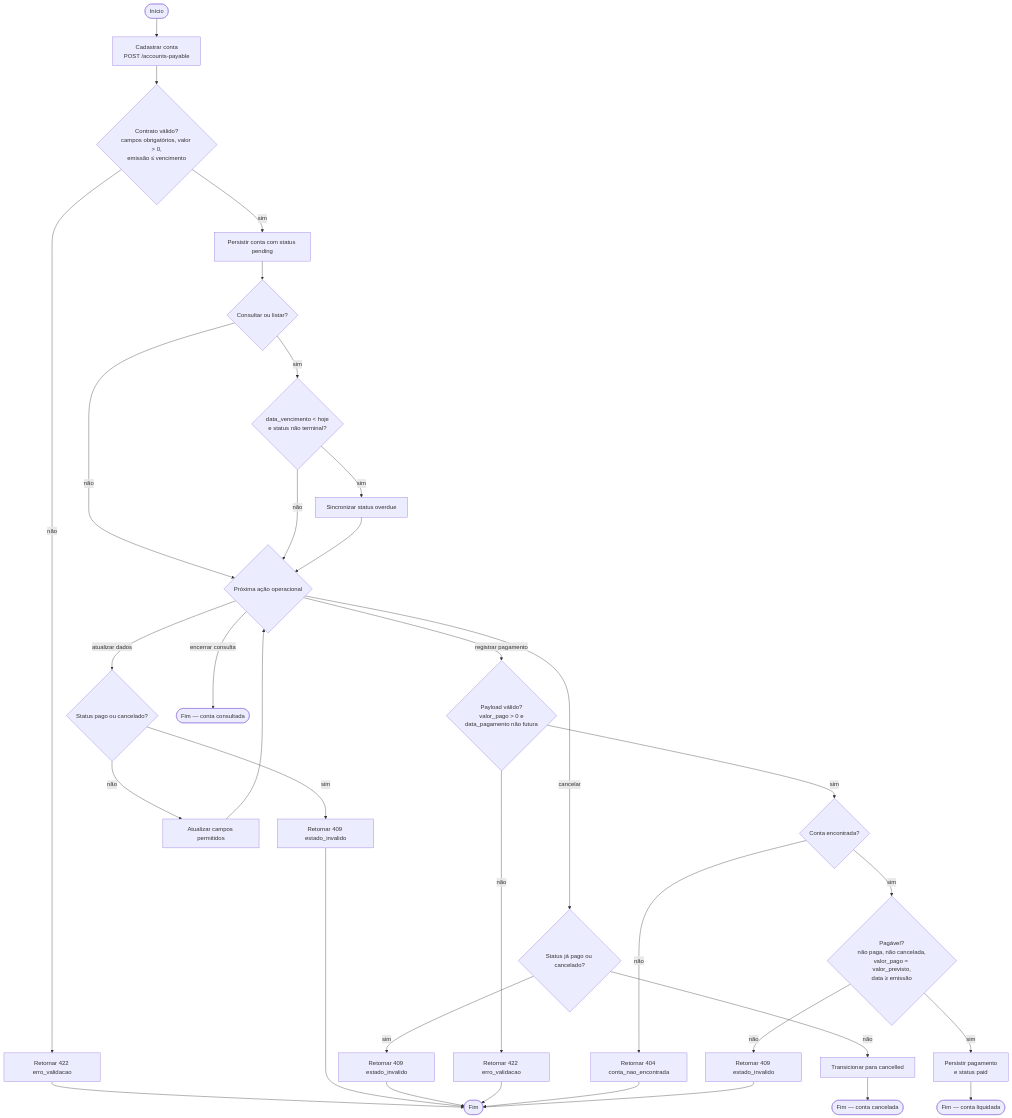
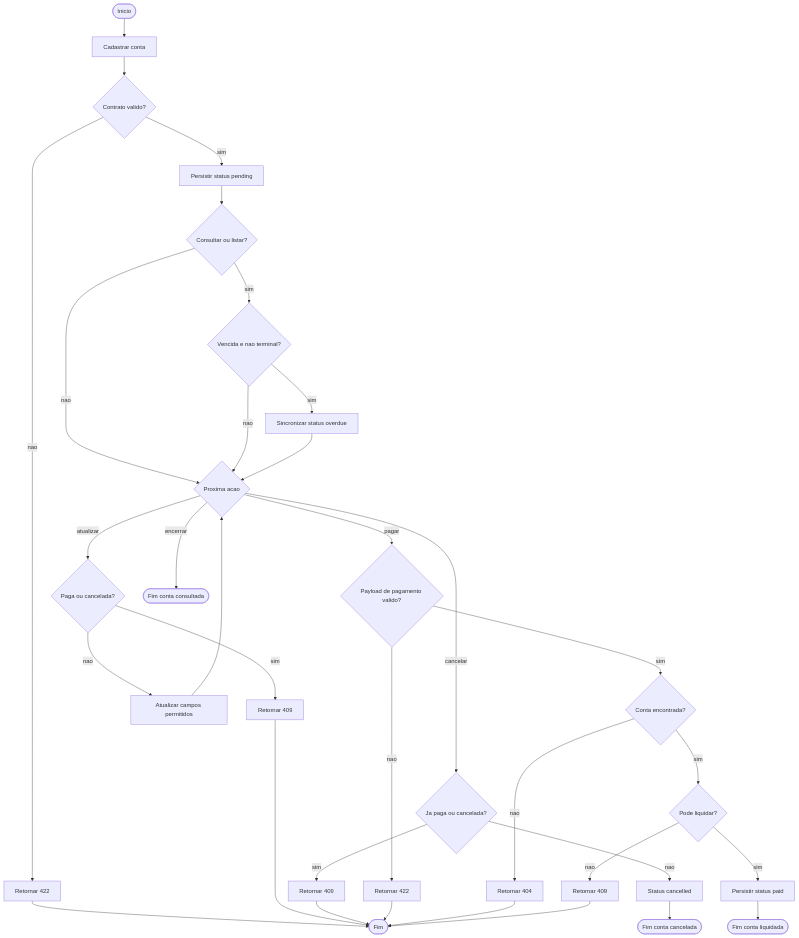
One commit to marciomello-bbras/projetolaboratorio changed the fifth of 5 diagrams in README.md. Above: the diagram before and after it, drawn with Mermaid. The commit also changed other lines of this file and 1 other file, not shown here.

Commit message:
docs(arch): use GitHub-safe Mermaid flowcharts instead of C4

````diff
--- a/README.md
+++ b/README.md
@@ -391,43 +385,43 @@
 ```mermaid
 flowchart TD
-    startNode([Início]) --> cadastrar["Cadastrar conta<br/>POST /accounts-payable"]
-    cadastrar --> validaCadastro{"Contrato válido?<br/>campos obrigatórios, valor &gt; 0,<br/>emissão ≤ vencimento"}
+    startNode([Inicio]) --> cadastrar[Cadastrar conta]
+    cadastrar --> validaCadastro{Contrato valido?}
 
-    validaCadastro -->|não| erro422["Retornar 422 erro_validacao"]
+    validaCadastro -->|nao| erro422[Retornar 422]
     erro422 --> fimErro([Fim])
 
-    validaCadastro -->|sim| persistir["Persistir conta com status pending"]
-    persistir --> consultar{"Consultar ou listar?"}
+    validaCadastro -->|sim| persistir[Persistir status pending]
+    persistir --> consultar{Consultar ou listar?}
 
-    consultar -->|sim| syncVencida{"data_vencimento &lt; hoje<br/>e status não terminal?"}
-    consultar -->|não| decidirAcao
-    syncVencida -->|sim| marcarOverdue["Sincronizar status overdue"]
-    syncVencida -->|não| decidirAcao
-    marcarOverdue --> decidirAcao{"Próxima ação operacional"}
+    consultar -->|sim| syncVencida{Vencida e nao terminal?}
+    consultar -->|nao| decidirAcao
+    syncVencida -->|sim| marcarOverdue[Sincronizar status overdue]
+    syncVencida -->|nao| decidirAcao
+    marcarOverdue --> decidirAcao{Proxima acao}
 
-    decidirAcao -->|atualizar dados| podeAtualizar{"Status pago ou cancelado?"}
-    podeAtualizar -->|sim| erro409upd["Retornar 409 estado_invalido"]
-    podeAtualizar -->|não| atualizar["Atualizar campos permitidos"]
+    decidirAcao -->|atualizar| podeAtualizar{Paga ou cancelada?}
+    podeAtualizar -->|sim| erro409upd[Retornar 409]
+    podeAtualizar -->|nao| atualizar[Atualizar campos permitidos]
     atualizar --> decidirAcao
     erro409upd --> fimErro
 
-    decidirAcao -->|cancelar| podeCancelar{"Status já pago ou cancelado?"}
-    podeCancelar -->|sim| erro409can["Retornar 409 estado_invalido"]
-    podeCancelar -->|não| cancelar["Transicionar para cancelled"]
-    cancelar --> fimCancelada([Fim — conta cancelada])
+    decidirAcao -->|cancelar| podeCancelar{Ja paga ou cancelada?}
+    podeCancelar -->|sim| erro409can[Retornar 409]
+    podeCancelar -->|nao| cancelar[Status cancelled]
+    cancelar --> fimCancelada([Fim conta cancelada])
     erro409can --> fimErro
 
-    decidirAcao -->|registrar pagamento| validaPagto{"Payload válido?<br/>valor_pago &gt; 0 e<br/>data_pagamento não futura"}
-    validaPagto -->|não| erro422pag["Retornar 422 erro_validacao"]
+    decidirAcao -->|pagar| validaPagto{Payload de pagamento valido?}
+    validaPagto -->|nao| erro422pag[Retornar 422]
     erro422pag --> fimErro
-    validaPagto -->|sim| existeConta{"Conta encontrada?"}
-    existeConta -->|não| erro404["Retornar 404 conta_nao_encontrada"]
+    validaPagto -->|sim| existeConta{Conta encontrada?}
+    existeConta -->|nao| erro404[Retornar 404]
     erro404 --> fimErro
-    existeConta -->|sim| podePagar{"Pagável?<br/>não paga, não cancelada,<br/>valor_pago = valor_previsto,<br/>data ≥ emissão"}
-    podePagar -->|não| erro409pag["Retornar 409 estado_invalido"]
+    existeConta -->|sim| podePagar{Pode liquidar?}
+    podePagar -->|nao| erro409pag[Retornar 409]
     erro409pag --> fimErro
-    podePagar -->|sim| liquidar["Persistir pagamento<br/>e status paid"]
-    liquidar --> fimPaga([Fim — conta liquidada])
+    podePagar -->|sim| liquidar[Persistir status paid]
+    liquidar --> fimPaga([Fim conta liquidada])
 
-    decidirAcao -->|encerrar consulta| fimConsulta([Fim — conta consultada])
+    decidirAcao -->|encerrar| fimConsulta([Fim conta consultada])
 ```
````
